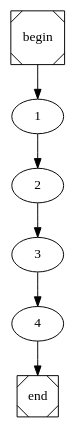
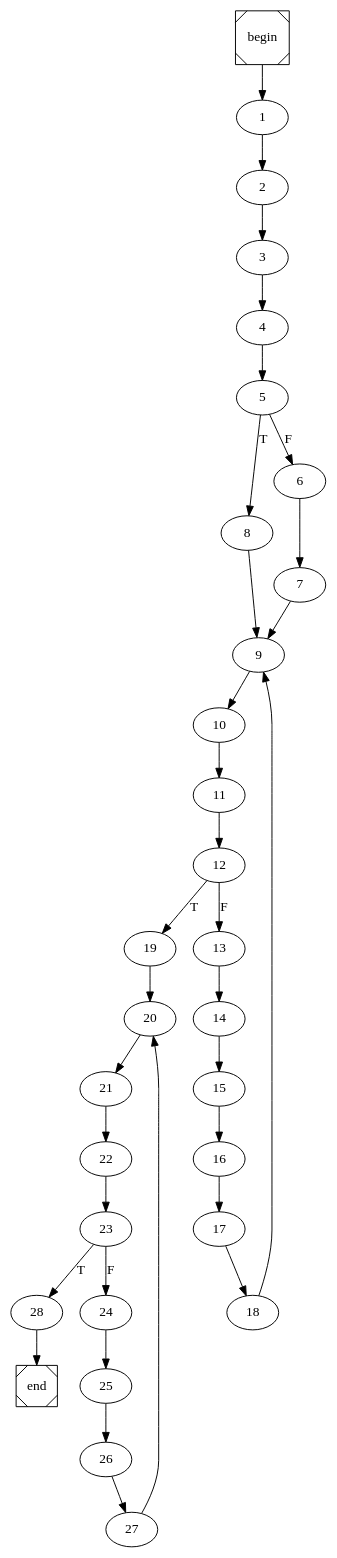
Before and after one commit to JoseAlbanoGaspar/FEUP-COMP: the diagram in main.dot, drawn with Graphviz. The commit also changed 1 other file, not shown here.

```diff
--- a/main.dot
+++ b/main.dot
@@ -1,4 +1,4 @@
 digraph cfg {
 	begin [shape=Msquare];
 	end [shape=Msquare];
-	begin -> 1;	1 -> 2;	2 -> 3;	3 -> 4;	4 -> end;}
+	begin -> 1;	1 -> 2;	2 -> 3;	3 -> 4;	4 -> 5;	5 -> 8[label=T];	5 -> 6[label=F];	6 -> 7;	7 -> 9;	8 -> 9;	9 -> 10;	10 -> 11;	11 -> 12;	12 -> 19[label=T];	12 -> 13[label=F];	13 -> 14;	14 -> 15;	15 -> 16;	16 -> 17;	17 -> 18;	18 -> 9;	19 -> 20;	20 -> 21;	21 -> 22;	22 -> 23;	23 -> 28[label=T];	23 -> 24[label=F];	24 -> 25;	25 -> 26;	26 -> 27;	27 -> 20;	28 -> end;}
```
